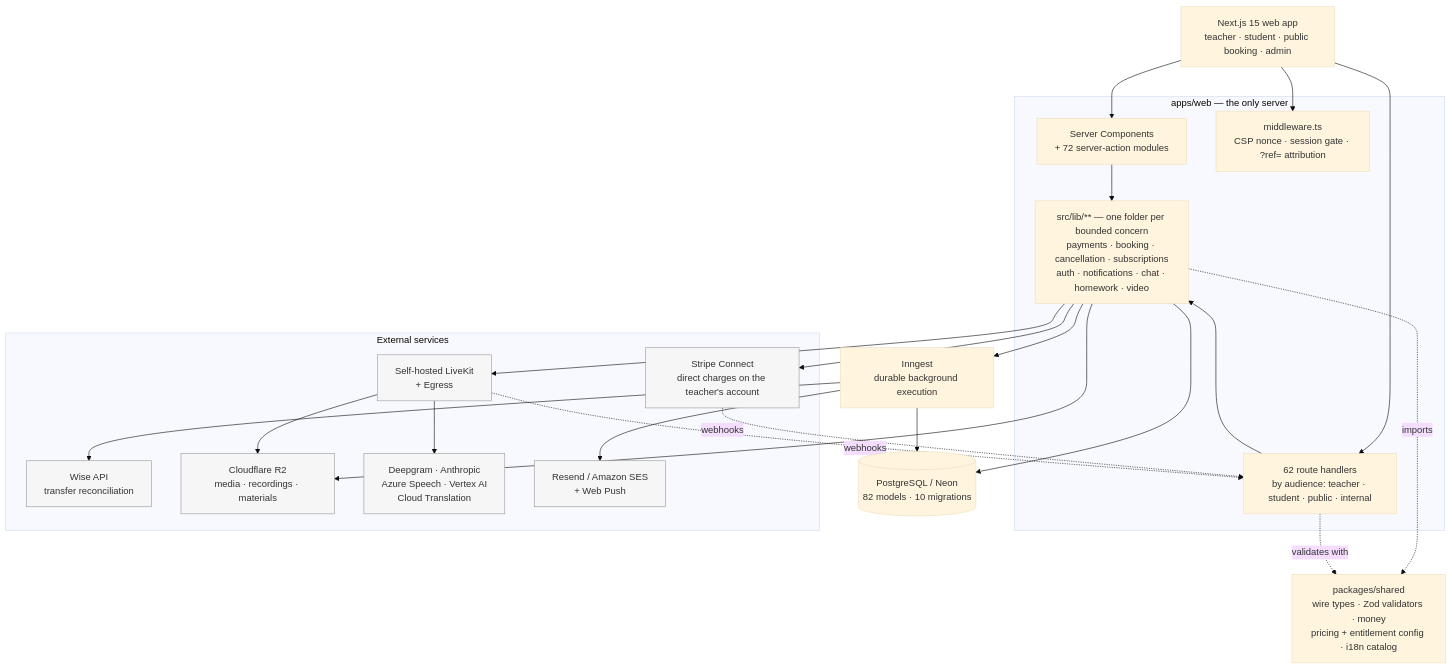
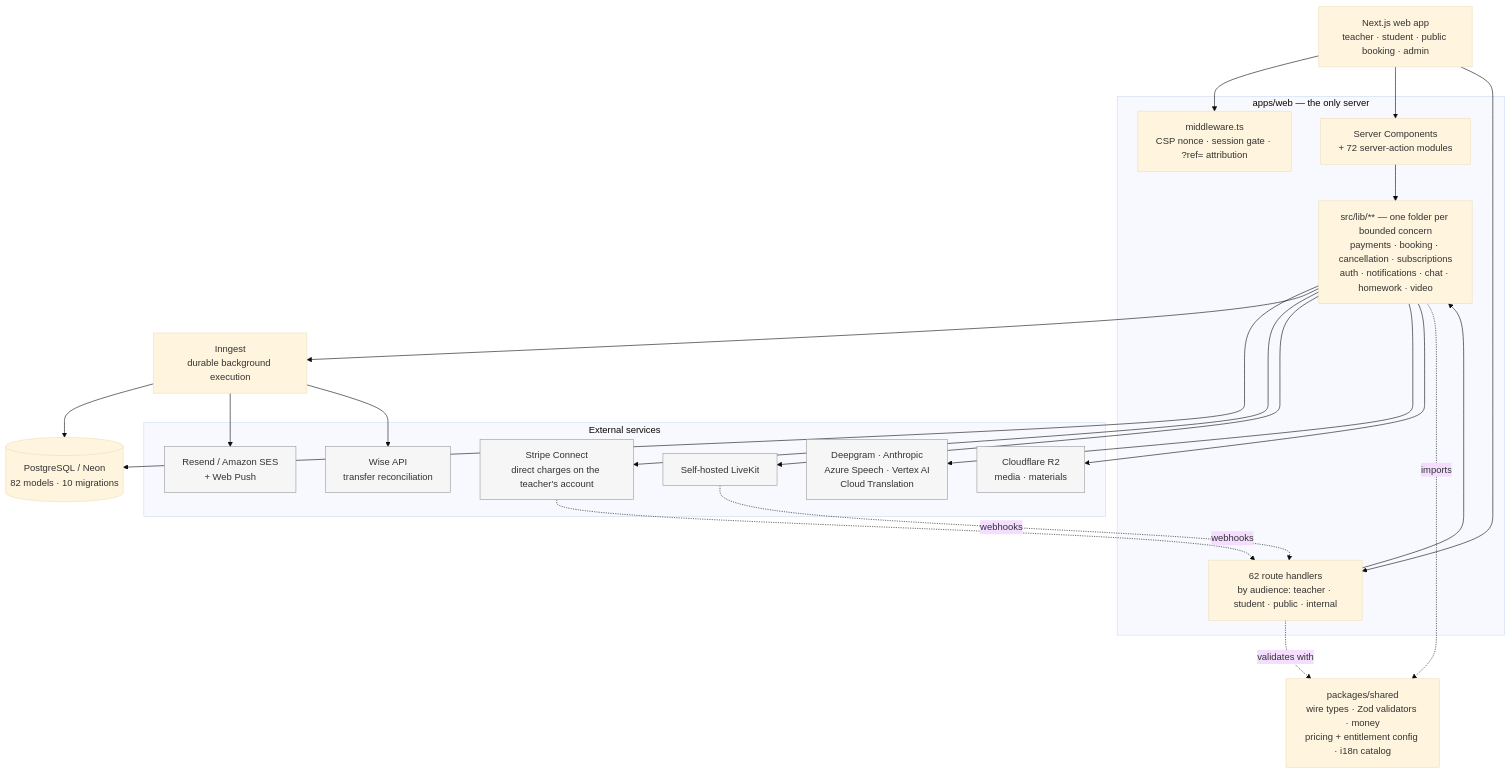
One commit to jaystewartuk/spiralclass changed the first of 2 diagrams in README.md. Above: the diagram before and after it, drawn with Mermaid (base theme). The commit also changed other lines of this file and 71 other files, not shown here.

````diff
--- a/README.md
+++ b/README.md
@@ -130,48 +94,47 @@
 ```mermaid
 graph TB
-    WEB["Next.js 15 web app<br/>teacher · student · public booking · admin"]
+    WEB["Next.js web app<br/>teacher · student · public booking · admin"]
 
     subgraph app["apps/web — the only server"]
         RSC["Server Components<br/>+ 72 server-action modules"]
         API["62 route handlers<br/>by audience: teacher · student · public · internal"]
         MW["middleware.ts<br/>CSP nonce · session gate · ?ref= attribution"]
         LIB["src/lib/** — one folder per bounded concern<br/>payments · booking · cancellation · subscriptions<br/>auth · notifications · chat · homework · video"]
     end
 
     SH["packages/shared<br/>wire types · Zod validators · money<br/>pricing + entitlement config · i18n catalog"]
 
     DB[("PostgreSQL / Neon<br/>82 models · 10 migrations")]
     JOBS["Inngest<br/>durable background execution"]
 
     subgraph external["External services"]
         STRIPE["Stripe Connect<br/>direct charges on the teacher's account"]
         WISE["Wise API<br/>transfer reconciliation"]
-        LK["Self-hosted LiveKit<br/>+ Egress"]
-        R2["Cloudflare R2<br/>media · recordings · materials"]
+        LK["Self-hosted LiveKit"]
+        R2["Cloudflare R2<br/>media · materials"]
         AI["Deepgram · Anthropic<br/>Azure Speech · Vertex AI<br/>Cloud Translation"]
         MAIL["Resend / Amazon SES<br/>+ Web Push"]
     end
 
     WEB --> MW
     WEB --> RSC
     WEB --> API
     RSC --> LIB
     API --> LIB
     LIB --> DB
     LIB --> JOBS
     JOBS --> DB
     JOBS --> MAIL
     LIB --> STRIPE
     JOBS --> WISE
     LIB --> LK
-    LK --> R2
-    LK --> AI
+    LIB --> AI
     LIB --> R2
     LIB -.imports.-> SH
     API -.validates with.-> SH
     STRIPE -.webhooks.-> API
     LK -.webhooks.-> API
 
     classDef ext fill:#f6f6f6,stroke:#999,color:#333
     class STRIPE,WISE,LK,R2,AI,MAIL ext
 ```
````
